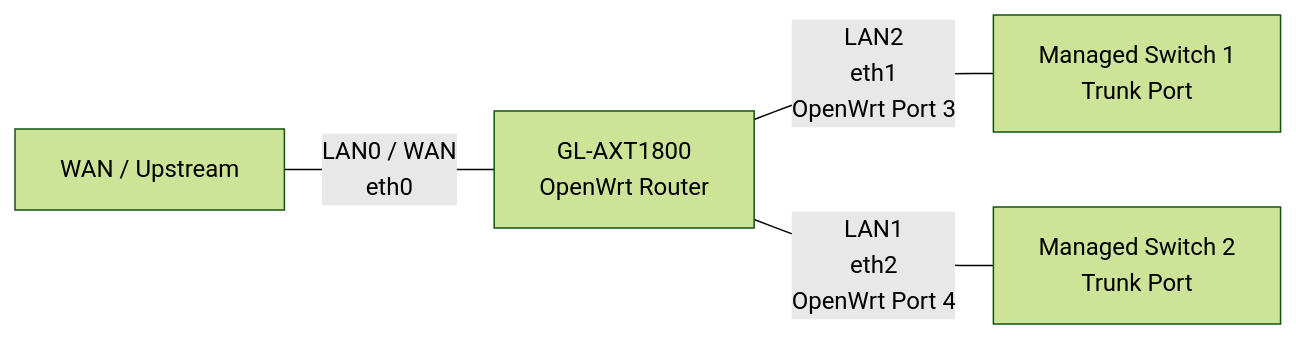
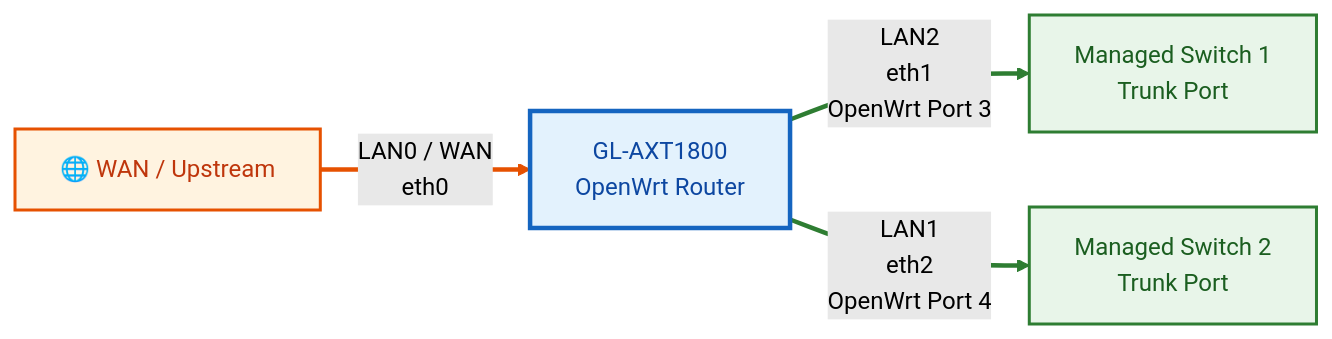
One commit to safesploitOrg/docs changed the diagram in guides/openwrt/hardware/GL-AXT1800/port-mappings/README.md. Above: the diagram before and after it, drawn with Mermaid (forest theme).

Commit message:
Update port mapping diagram in README.md

````diff
--- a/guides/openwrt/hardware/GL-AXT1800/port-mappings/README.md
+++ b/guides/openwrt/hardware/GL-AXT1800/port-mappings/README.md
@@ -31,12 +31,25 @@
 ```mermaid
 flowchart LR
+    WAN["🌐 WAN / Upstream"]
     R["GL-AXT1800<br/>OpenWrt Router"]
-
     SW1["Managed Switch 1<br/>Trunk Port"]
     SW2["Managed Switch 2<br/>Trunk Port"]
-    WAN["WAN / Upstream"]
 
-    R ---|"LAN2<br/>eth1<br/>OpenWrt Port 3"| SW1
-    R ---|"LAN1<br/>eth2<br/>OpenWrt Port 4"| SW2
-    WAN ---|"LAN0 / WAN<br/>eth0"| R
+    WAN -->|"LAN0 / WAN<br/>eth0"| R
+    R -->|"LAN2<br/>eth1<br/>OpenWrt Port 3"| SW1
+    R -->|"LAN1<br/>eth2<br/>OpenWrt Port 4"| SW2
+
+    %% Node colours
+    classDef wan fill:#FFF3E0,stroke:#E65100,stroke-width:2px,color:#BF360C
+    classDef router fill:#E3F2FD,stroke:#1565C0,stroke-width:3px,color:#0D47A1
+    classDef switch fill:#E8F5E9,stroke:#2E7D32,stroke-width:2px,color:#1B5E20
+
+    class WAN wan
+    class R router
+    class SW1,SW2 switch
+
+    %% Link colours
+    linkStyle 0 stroke:#E65100,stroke-width:3px
+    linkStyle 1 stroke:#2E7D32,stroke-width:3px
+    linkStyle 2 stroke:#2E7D32,stroke-width:3px
 ```
````
